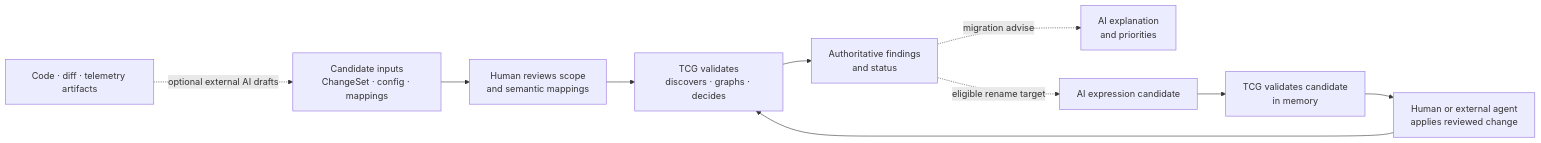
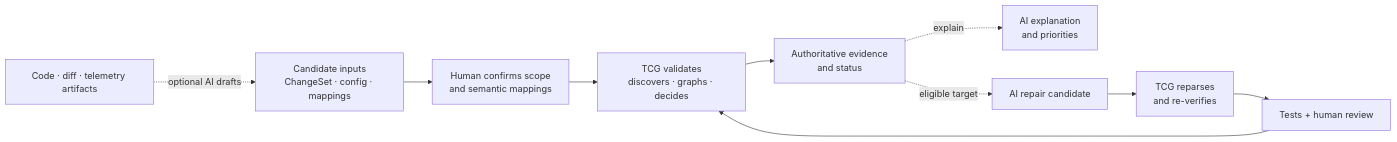
One commit to tadurisaikiran/telemetry-change-guard changed the second of 2 diagrams in README.md. Above: the diagram before and after it, drawn with Mermaid. The commit also changed other lines of this file, not shown here.

````diff
--- a/README.md
+++ b/README.md
@@ -83,12 +460,12 @@
 ```mermaid
 flowchart LR
-    A["Code · diff · telemetry artifacts"] -. "optional external AI drafts" .-> B["Candidate inputs<br/>ChangeSet · config · mappings"]
-    B --> C["Human reviews scope<br/>and semantic mappings"]
+    A["Code · diff · telemetry artifacts"] -. "optional AI drafts" .-> B["Candidate inputs<br/>ChangeSet · config · mappings"]
+    B --> C["Human confirms scope<br/>and semantic mappings"]
     C --> D["TCG validates<br/>discovers · graphs · decides"]
-    D --> E["Authoritative findings<br/>and status"]
-    E -. "migration advise" .-> F["AI explanation<br/>and priorities"]
-    E -. "eligible rename target" .-> G["AI expression candidate"]
-    G --> H["TCG validates candidate<br/>in memory"]
-    H --> I["Human or external agent<br/>applies reviewed change"]
+    D --> E["Authoritative evidence<br/>and status"]
+    E -. "explain" .-> F["AI explanation<br/>and priorities"]
+    E -. "eligible target" .-> G["AI repair candidate"]
+    G --> H["TCG reparses<br/>and re-verifies"]
+    H --> I["Tests + human review"]
     I --> D
 ```
````
